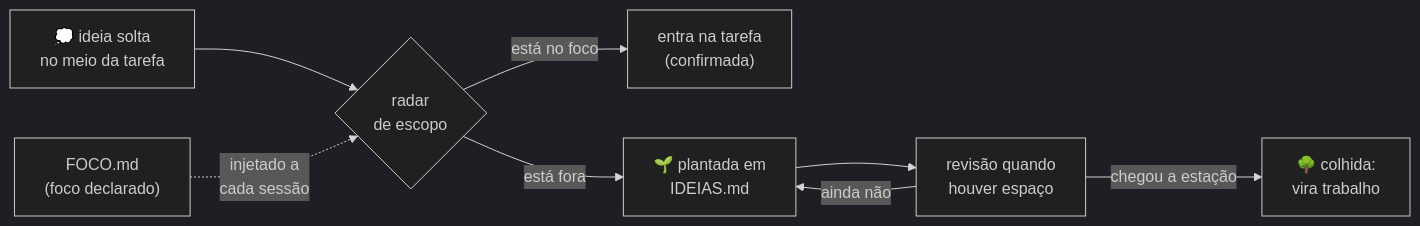
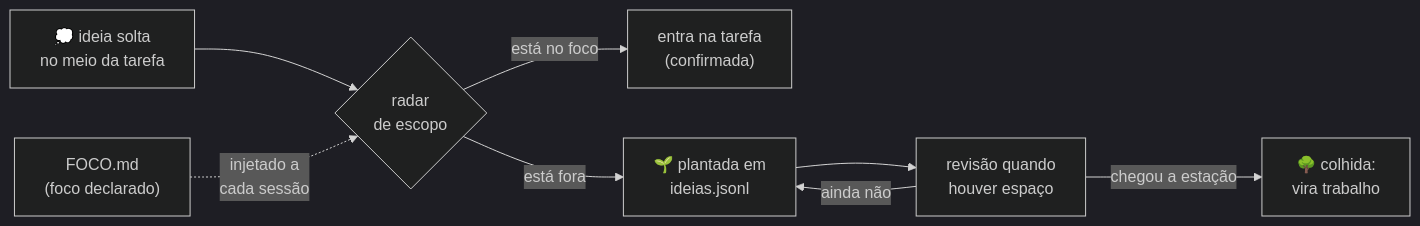
The diagram in README.md (luisfmontes/rainforest-mind), drawn with Mermaid (dark theme) before and after one commit. The commit also changed other lines of this file, not shown here.

Commit message:
README atualizado pra 0.14.0 (11 regras, executor, ideias.jsonl) + ideia wpp em colheita: fork criado, nao e mais projeto de ferias

````diff
--- a/README.md
+++ b/README.md
@@ -37,10 +37,10 @@
 ```mermaid
 flowchart LR
     A["💭 ideia solta<br/>no meio da tarefa"] --> B{"radar<br/>de escopo"}
     B -->|"está no foco"| C["entra na tarefa<br/>(confirmada)"]
-    B -->|"está fora"| D["🌱 plantada em<br/>IDEIAS.md"]
+    B -->|"está fora"| D["🌱 plantada em<br/>ideias.jsonl"]
     D --> E["revisão quando<br/>houver espaço"]
     E -->|"chegou a estação"| F["🌳 colhida:<br/>vira trabalho"]
     E -->|"ainda não"| D
     G["FOCO.md<br/>(foco declarado)"] -.->|"injetado a<br/>cada sessão"| B
 ```
````
